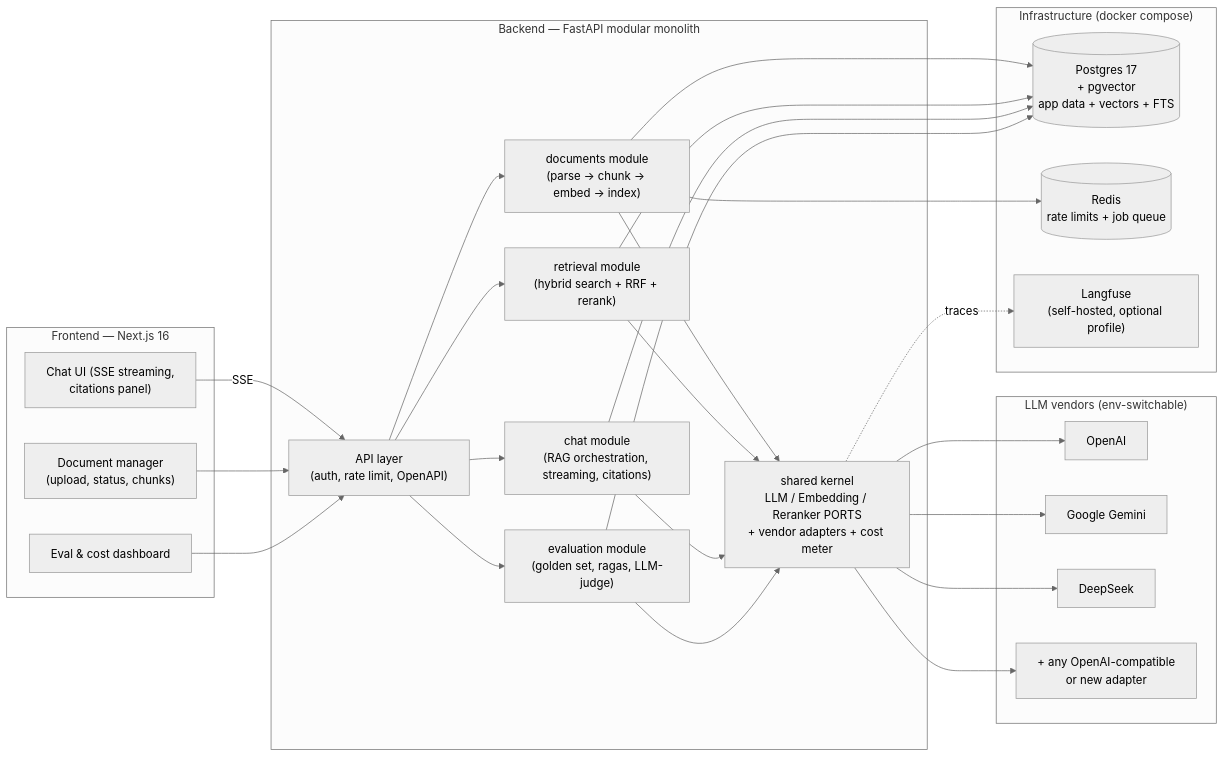
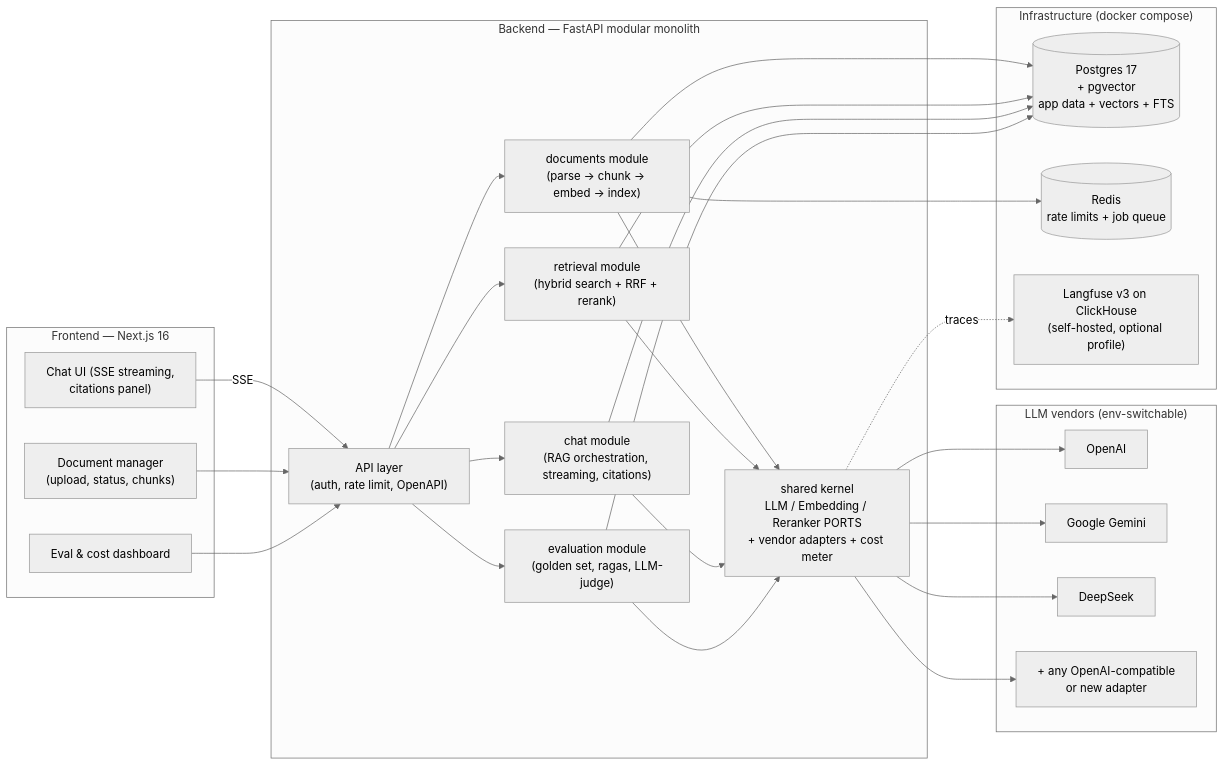
One commit to ridwanspace/pandu changed the first of 2 diagrams in README.md. Above: the diagram before and after it, drawn with Mermaid (neutral theme). The commit also changed other lines of this file and 7 other files, not shown here.

First line of the commit message:
Wire Langfuse observability profile end-to-end and verify frontend image

````diff
--- a/README.md
+++ b/README.md
@@ -77,40 +94,40 @@
 ```mermaid
 flowchart LR
     subgraph client["Frontend — Next.js 16"]
         UI["Chat UI (SSE streaming,\ncitations panel)"]
         DOCS["Document manager\n(upload, status, chunks)"]
         DASH["Eval & cost dashboard"]
     end
 
     subgraph be["Backend — FastAPI modular monolith"]
         GW["API layer\n(auth, rate limit, OpenAPI)"]
         M1["documents module\n(parse → chunk → embed → index)"]
         M2["retrieval module\n(hybrid search + RRF + rerank)"]
         M3["chat module\n(RAG orchestration, streaming, citations)"]
         M4["evaluation module\n(golden set, ragas, LLM-judge)"]
         SK["shared kernel\nLLM / Embedding / Reranker PORTS\n+ vendor adapters + cost meter"]
     end
 
     subgraph infra["Infrastructure (docker compose)"]
         PG[("Postgres 17\n+ pgvector\napp data + vectors + FTS")]
         RD[("Redis\nrate limits + job queue")]
-        LF["Langfuse\n(self-hosted, optional profile)"]
+        LF["Langfuse v3 on ClickHouse\n(self-hosted, optional profile)"]
     end
 
     subgraph vendors["LLM vendors (env-switchable)"]
         V1["OpenAI"]
         V2["Google Gemini"]
         V3["DeepSeek"]
         V4["+ any OpenAI-compatible\nor new adapter"]
     end
 
     UI -->|SSE| GW
     DOCS --> GW
     DASH --> GW
     GW --> M1 & M2 & M3 & M4
     M1 & M2 & M3 & M4 --> SK
     M1 & M2 & M3 & M4 --> PG
     M1 --> RD
     SK --> V1 & V2 & V3 & V4
     SK -.traces.-> LF
 ```
````
